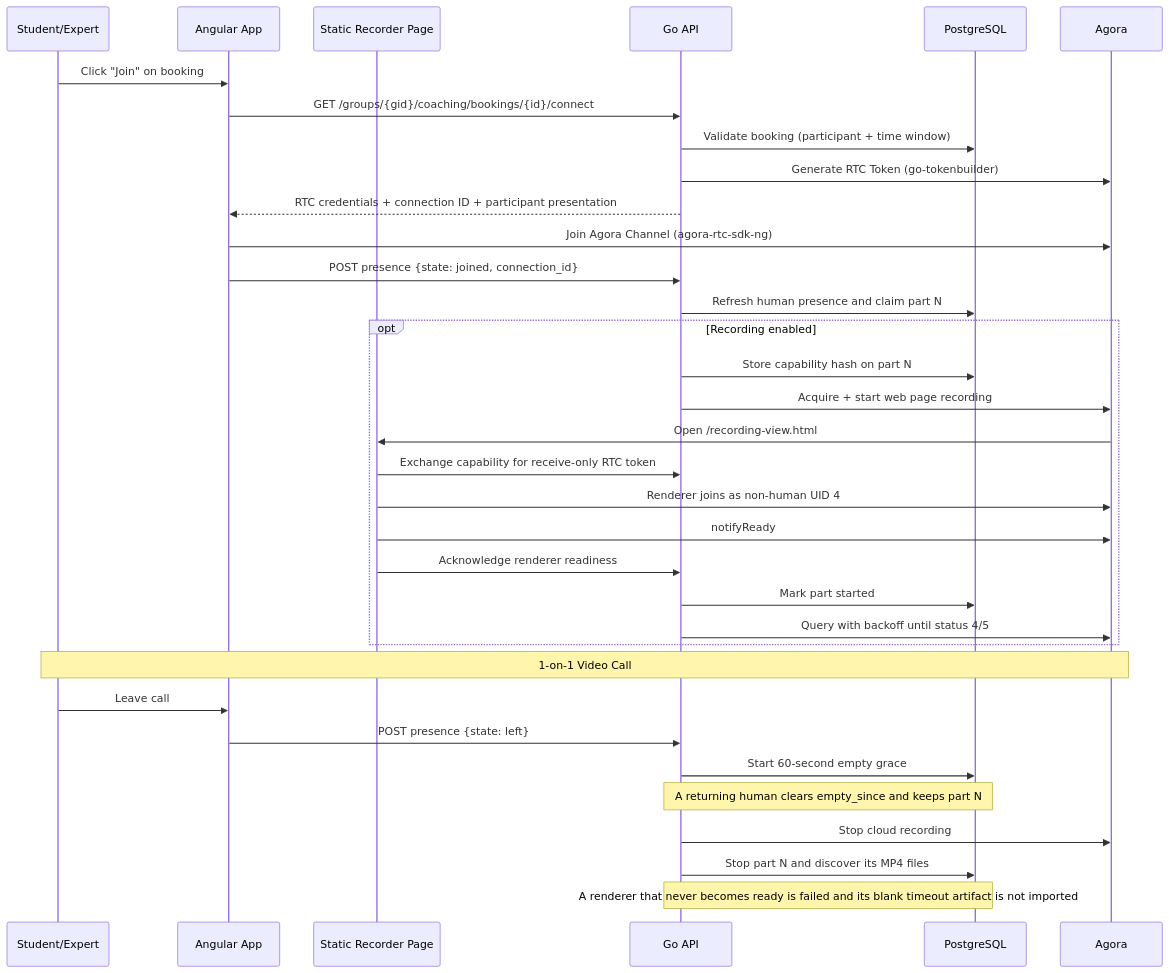
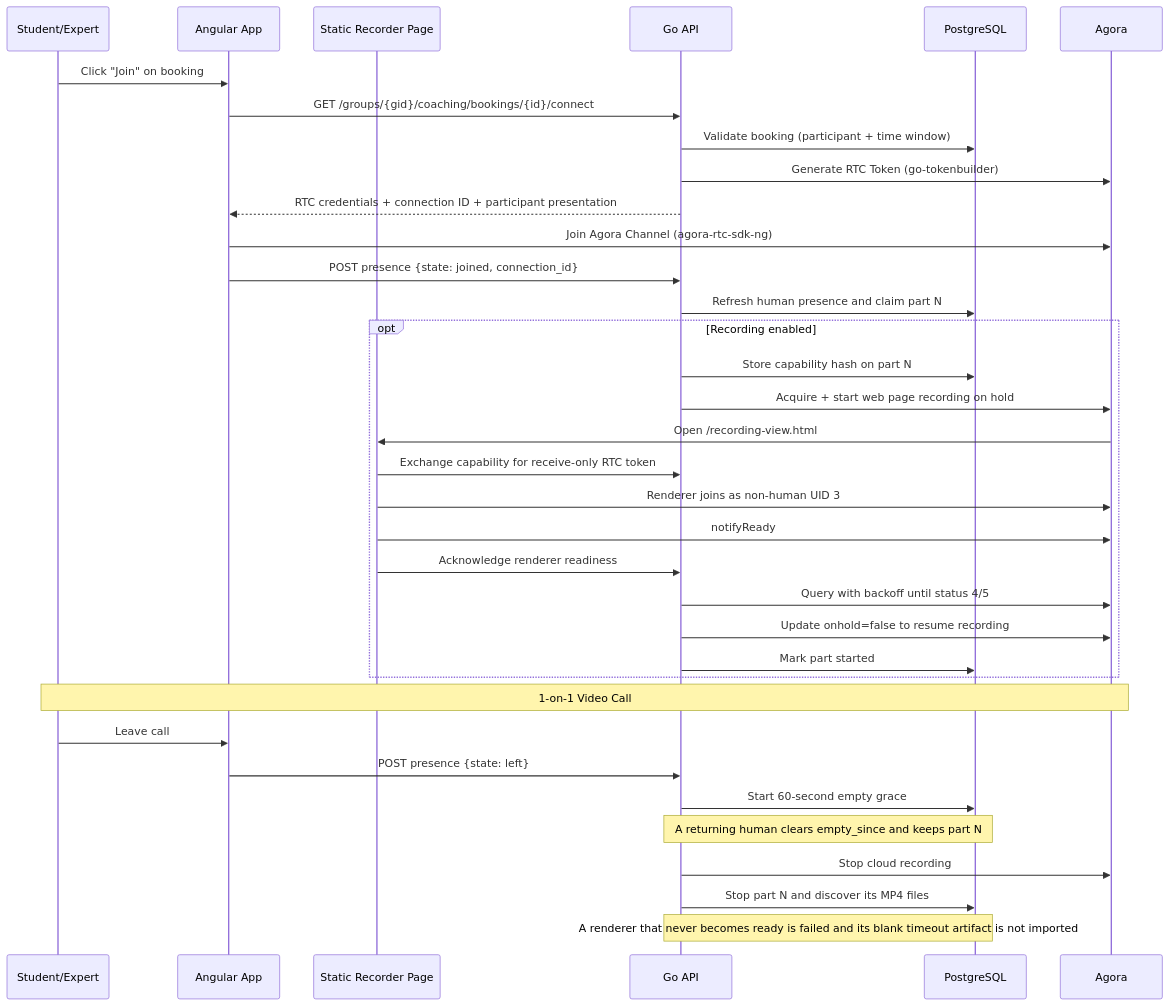
The fifth of 10 diagrams in README.md (OZIOisgood/zeta), drawn with Mermaid before and after one commit. The commit also changed other lines of this file and 12 other files, not shown here.

````diff
--- a/README.md
+++ b/README.md
@@ -335,37 +335,38 @@
 ```mermaid
 sequenceDiagram
     participant U as Student/Expert
     participant W as Angular App
     participant R as Static Recorder Page
     participant A as Go API
     participant D as PostgreSQL
     participant AG as Agora
 
     U->>W: Click "Join" on booking
     W->>A: GET /groups/{gid}/coaching/bookings/{id}/connect
     A->>D: Validate booking (participant + time window)
     A->>AG: Generate RTC Token (go-tokenbuilder)
     A-->>W: RTC credentials + connection ID + participant presentation
     W->>AG: Join Agora Channel (agora-rtc-sdk-ng)
     W->>A: POST presence {state: joined, connection_id}
     A->>D: Refresh human presence and claim part N
     opt Recording enabled
         A->>D: Store capability hash on part N
-        A->>AG: Acquire + start web page recording
+        A->>AG: Acquire + start web page recording on hold
         AG->>R: Open /recording-view.html#cap=…
         R->>A: Exchange capability for receive-only RTC token
-        R->>AG: Renderer joins as non-human UID 4
+        R->>AG: Renderer joins as non-human UID 3
         R->>AG: notifyReady
         R->>A: Acknowledge renderer readiness
+        A->>AG: Query with backoff until status 4/5
+        A->>AG: Update onhold=false to resume recording
         A->>D: Mark part started
-        A->>AG: Query with backoff until status 4/5
     end
     Note over U,AG: 1-on-1 Video Call
     U->>W: Leave call
     W->>A: POST presence {state: left}
     A->>D: Start 60-second empty grace
     Note over A,D: A returning human clears empty_since and keeps part N
     A->>AG: Stop cloud recording
     A->>D: Stop part N and discover its MP4 files
     Note over A,D: A renderer that never becomes ready is failed and its blank timeout artifact is not imported
 ```
````
